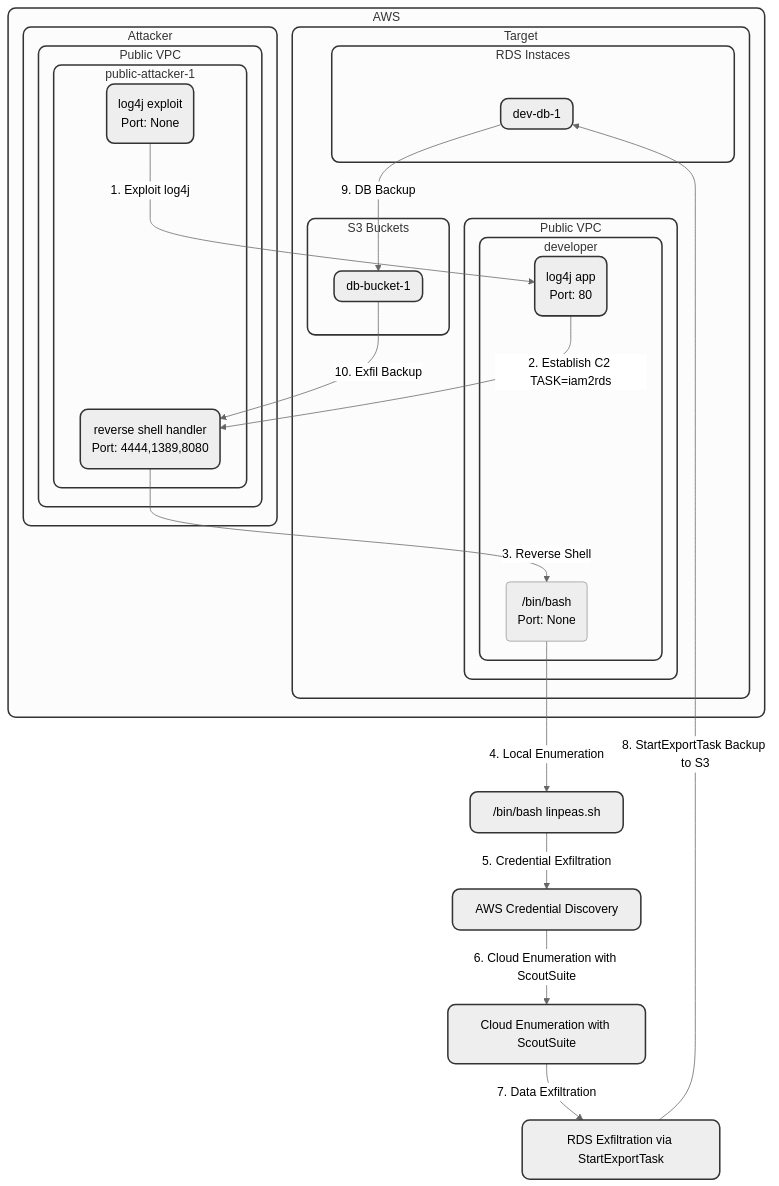
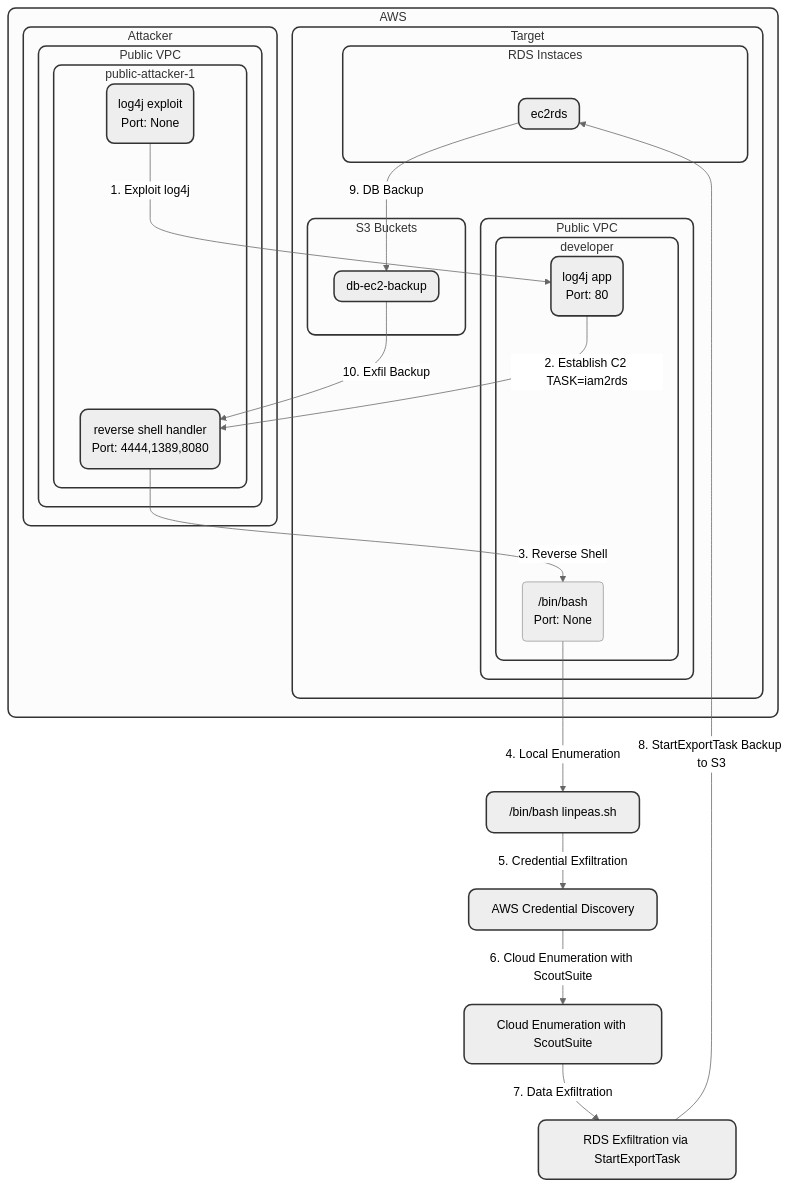
One commit to proservlab/lacework-deploy changed the diagram in terraform/scenarios/aws-lacework-composite-ciem/README.md. Above: the diagram before and after it, drawn with Mermaid (neutral theme).

```diff
--- a/terraform/scenarios/aws-lacework-composite-ciem/README.md
+++ b/terraform/scenarios/aws-lacework-composite-ciem/README.md
@@ -48,12 +48,12 @@
         %% subgraph prod-bucket-1["prod-bucket-1"]
             
         %% end
-        subgraph db-bucket-1["db-bucket-1"]
+        subgraph db-bucket-1["db-ec2-backup"]
             
         end
       end
       subgraph RDS_Instances_target["RDS Instaces"]
-        subgraph dev-db-1["dev-db-1"]
+        subgraph dev-db-1["ec2rds"]
             
         end
       end
```
